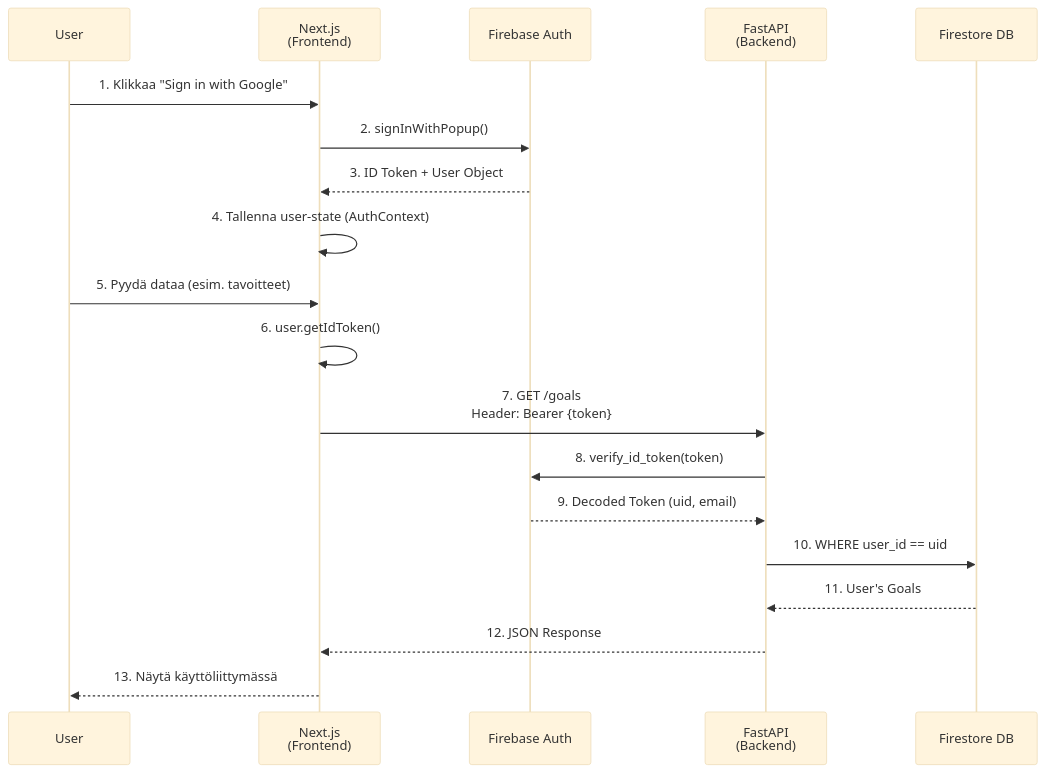
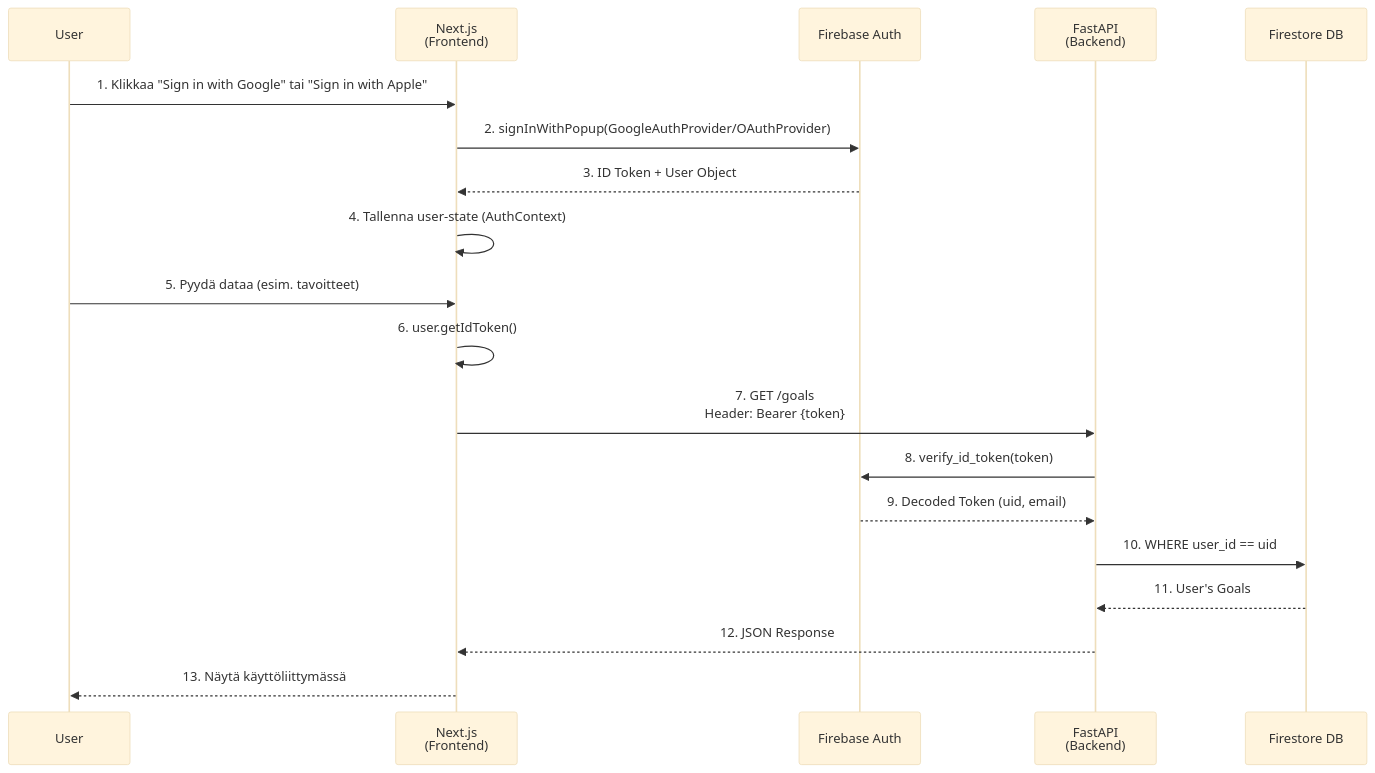
One commit to Sami-Python/Health_AI changed the diagram in Docs/authentication.md. Above: the diagram before and after it, drawn with Mermaid (base theme). The commit also changed other lines of this file and 18 other files, not shown here.

````diff
--- a/Docs/authentication.md
+++ b/Docs/authentication.md
@@ -23,23 +23,23 @@
 ```mermaid
 sequenceDiagram
     participant User
     participant Frontend as Next.js<br/>(Frontend)
     participant FirebaseAuth as Firebase Auth
     participant Backend as FastAPI<br/>(Backend)
     participant Firestore as Firestore DB
 
-    User->>Frontend: 1. Klikkaa "Sign in with Google"
-    Frontend->>FirebaseAuth: 2. signInWithPopup()
+    User->>Frontend: 1. Klikkaa "Sign in with Google" tai "Sign in with Apple"
+    Frontend->>FirebaseAuth: 2. signInWithPopup(GoogleAuthProvider/OAuthProvider)
     FirebaseAuth-->>Frontend: 3. ID Token + User Object
     Frontend->>Frontend: 4. Tallenna user-state (AuthContext)
     
     User->>Frontend: 5. Pyydä dataa (esim. tavoitteet)
     Frontend->>Frontend: 6. user.getIdToken()
     Frontend->>Backend: 7. GET /goals<br/>Header: Bearer {token}
     Backend->>FirebaseAuth: 8. verify_id_token(token)
     FirebaseAuth-->>Backend: 9. Decoded Token (uid, email)
     Backend->>Firestore: 10. WHERE user_id == uid
     Firestore-->>Backend: 11. User's Goals
     Backend-->>Frontend: 12. JSON Response
     Frontend-->>User: 13. Näytä käyttöliittymässä
 ```
````
